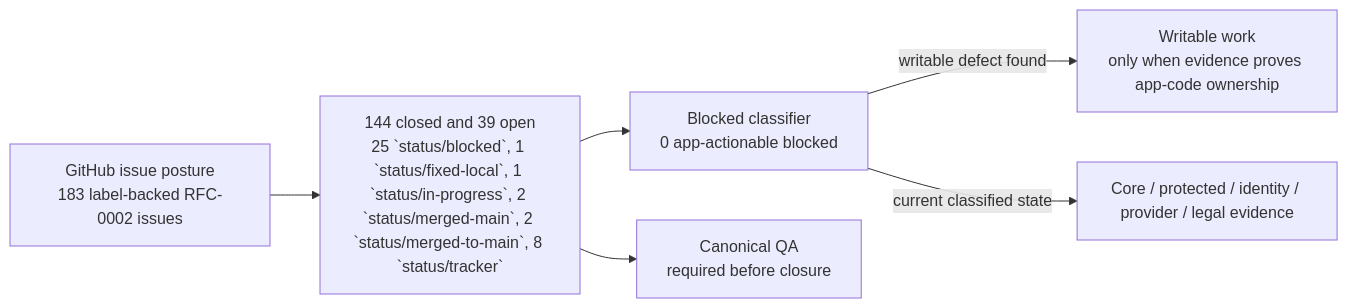
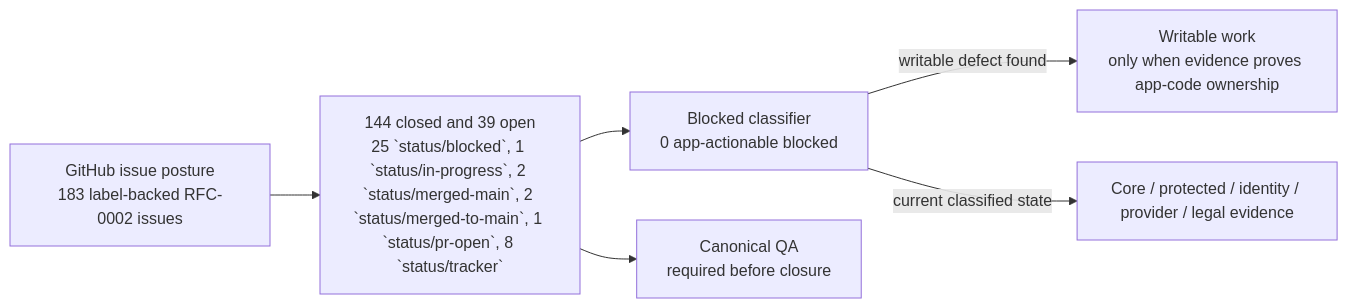
One commit to sgajbi/lotus-idea changed the first of 2 diagrams in wiki/RFC-0002-Execution-Status.md. Above: the diagram before and after it, drawn with Mermaid. The commit also changed other lines of this file and 7 other files, not shown here.

````diff
--- a/wiki/RFC-0002-Execution-Status.md
+++ b/wiki/RFC-0002-Execution-Status.md
@@ -39,15 +39,15 @@
 ```mermaid
 flowchart LR
     Issues["GitHub issue posture<br/>183 label-backed RFC-0002 issues"]
-    Open["144 closed and 39 open<br/>25 `status/blocked`, 1 `status/fixed-local`, 1 `status/in-progress`, 2 `status/merged-main`, 2 `status/merged-to-main`, 8 `status/tracker`"]
+    Open["144 closed and 39 open<br/>25 `status/blocked`, 1 `status/in-progress`, 2 `status/merged-main`, 2 `status/merged-to-main`, 1 `status/pr-open`, 8 `status/tracker`"]
     Blocked["Blocked classifier<br/>0 app-actionable blocked"]
     Work["Writable work<br/>only when evidence proves app-code ownership"]
     External["Core / protected / identity / provider / legal evidence"]
     QA["Canonical QA<br/>required before closure"]
 
     Issues --> Open
     Open --> Blocked
     Blocked -->|"writable defect found"| Work
     Blocked -->|"current classified state"| External
     Open --> QA
 ```
````
